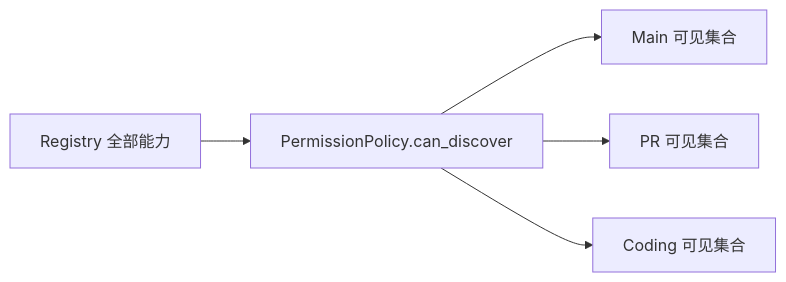
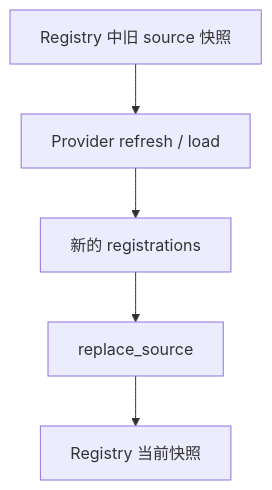
The fourth of 15 diagrams in docs/05-capability-and-tool-system.md (Arthur999459up/GitAgent), drawn with Mermaid before and after one commit. The commit also changed other lines of this file and 3 other files, not shown here.

````diff
--- a/docs/05-capability-and-tool-system.md
+++ b/docs/05-capability-and-tool-system.md
@@ -91,7 +257,7 @@
 ```mermaid
-flowchart LR
-    ALL[Registry 全部能力] --> P[PermissionPolicy.can_discover]
-    P --> M[Main 可见集合]
-    P --> PR[PR 可见集合]
-    P --> C[Coding 可见集合]
+flowchart TD
+    OLD[Registry 中旧 source 快照] --> REF[Provider refresh / load]
+    REF --> NEW[新的 registrations]
+    NEW --> REP[replace_source]
+    REP --> CUR[Registry 当前快照]
 ```
````
